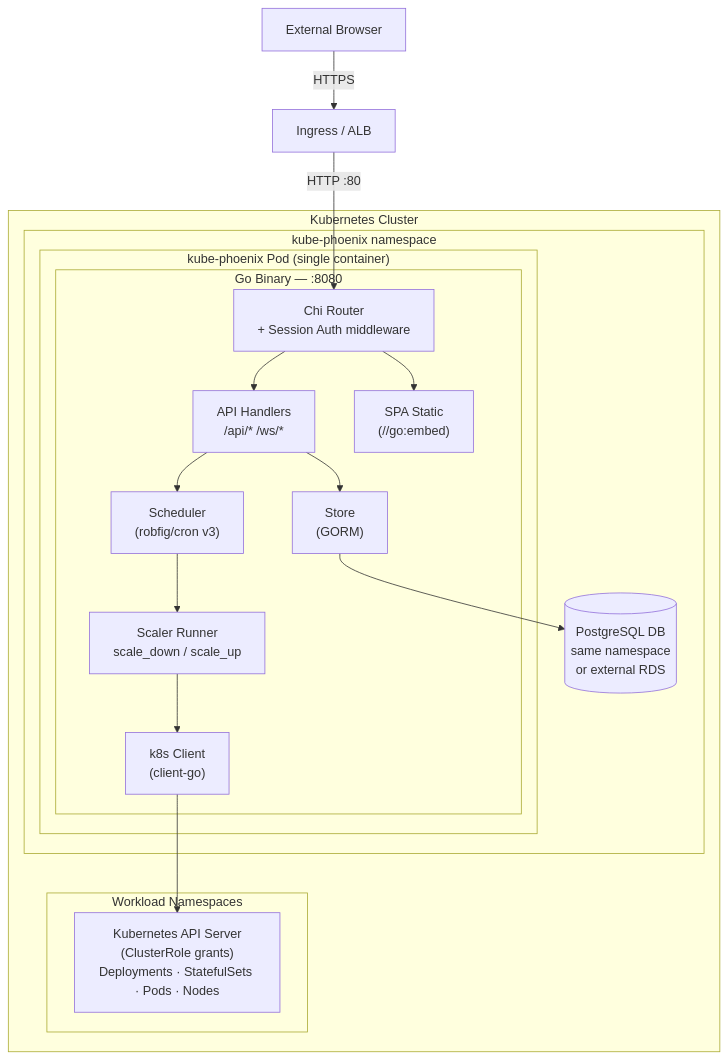
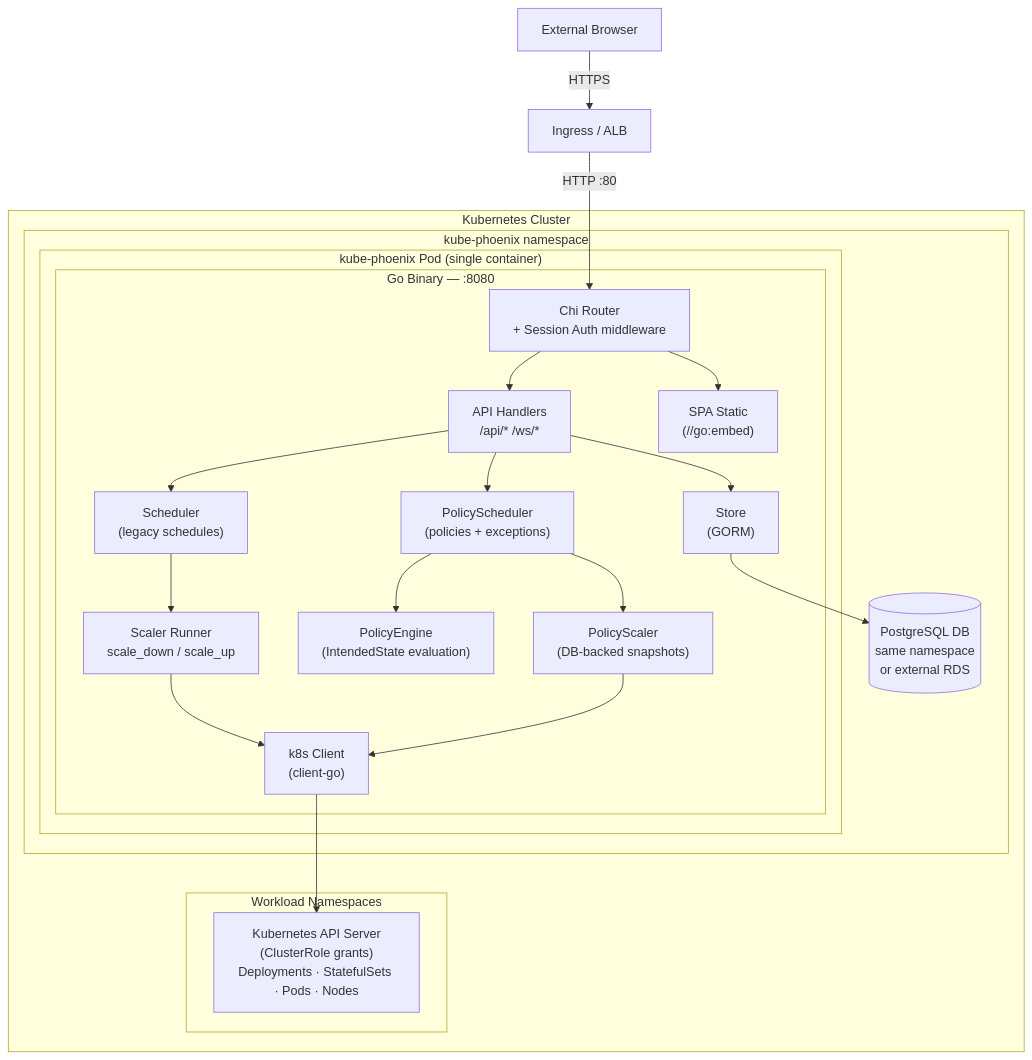
One commit to MacXsimilian/kube-phoenix changed the first of 9 diagrams in ARCHITECTURE.md. Above: the diagram before and after it, drawn with Mermaid. The commit also changed other lines of this file and 8 other files, not shown here.

First line of the commit message:
docs: update all docs and diagrams for policy model; rename reset-db route

````diff
--- a/ARCHITECTURE.md
+++ b/ARCHITECTURE.md
@@ -89,36 +89,43 @@
 ```mermaid
 flowchart TB
     Browser["External Browser"]
     ALB["Ingress / ALB"]
 
     subgraph Cluster["Kubernetes Cluster"]
         subgraph NS["kube-phoenix namespace"]
             subgraph Pod["kube-phoenix Pod (single container)"]
                 subgraph Binary["Go Binary — :8080"]
                     Router["Chi Router<br/>+ Session Auth middleware"]
                     Handlers["API Handlers<br/>/api/*  /ws/*"]
-                    Scheduler["Scheduler<br/>(robfig/cron v3)"]
+                    Scheduler["Scheduler<br/>(legacy schedules)"]
                     Scaler["Scaler Runner<br/>scale_down / scale_up"]
+                    PolicyScheduler["PolicyScheduler<br/>(policies + exceptions)"]
+                    PolicyEngine["PolicyEngine<br/>(IntendedState evaluation)"]
+                    PolicyScaler["PolicyScaler<br/>(DB-backed snapshots)"]
                     Store["Store<br/>(GORM)"]
                     SPA["SPA Static<br/>(//go:embed)"]
                     K8sClient["k8s Client<br/>(client-go)"]
                 end
             end
             PG[("PostgreSQL DB<br/>same namespace<br/>or external RDS")]
         end
         subgraph Workloads["Workload Namespaces"]
             K8sAPI["Kubernetes API Server<br/>(ClusterRole grants)<br/>Deployments · StatefulSets · Pods · Nodes"]
         end
     end
 
     Browser -- "HTTPS" --> ALB
     ALB -- "HTTP :80" --> Router
     Router --> Handlers
     Router --> SPA
     Handlers --> Scheduler
+    Handlers --> PolicyScheduler
     Handlers --> Store
     Scheduler --> Scaler
+    PolicyScheduler --> PolicyEngine
+    PolicyScheduler --> PolicyScaler
     Scaler --> K8sClient
+    PolicyScaler --> K8sClient
     K8sClient --> K8sAPI
     Store --> PG
 ```
````
